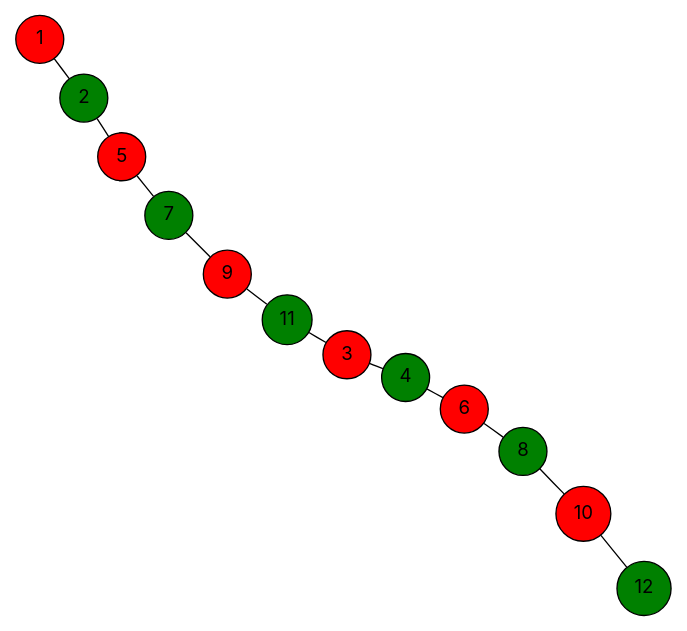
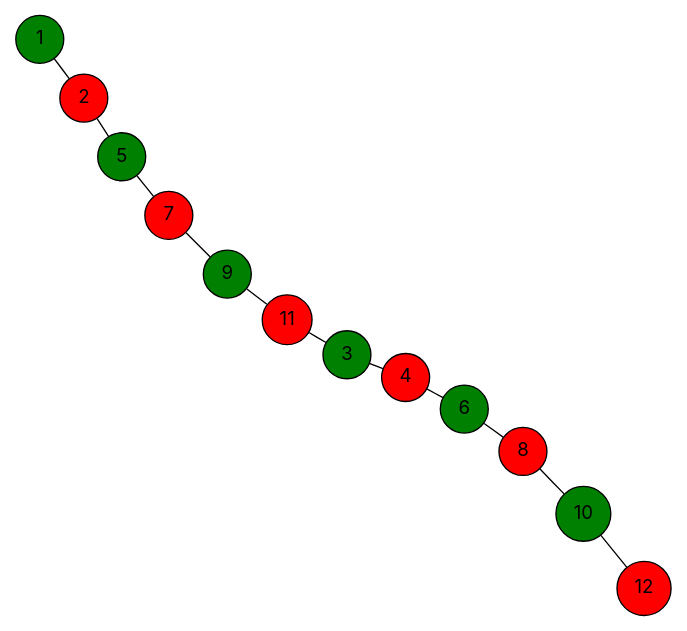
One commit to vercah/vertex-coloring changed the diagram in data/final-dots/easy-06-parallel.dot. Above: the diagram before and after it, drawn with Graphviz. The commit also changed 92 other files, not shown here.

```diff
--- a/data/final-dots/easy-06-parallel.dot
+++ b/data/final-dots/easy-06-parallel.dot
@@ -1,29 +1,29 @@
 graph G {
   layout=neato;
   overlap=false;
   splines=true;
   node [shape=circle, style=filled, fontname=Inter];
-  1 [label="1", fillcolor="red", tooltip="v1 color 0"];
-  2 [label="2", fillcolor="green", tooltip="v2 color 1"];
-  3 [label="3", fillcolor="red", tooltip="v3 color 0"];
-  4 [label="4", fillcolor="green", tooltip="v4 color 1"];
-  5 [label="5", fillcolor="red", tooltip="v5 color 0"];
-  6 [label="6", fillcolor="red", tooltip="v6 color 0"];
-  7 [label="7", fillcolor="green", tooltip="v7 color 1"];
-  8 [label="8", fillcolor="green", tooltip="v8 color 1"];
-  9 [label="9", fillcolor="red", tooltip="v9 color 0"];
-  10 [label="10", fillcolor="red", tooltip="v10 color 0"];
-  11 [label="11", fillcolor="green", tooltip="v11 color 1"];
-  12 [label="12", fillcolor="green", tooltip="v12 color 1"];
+  1 [label="1", fillcolor="green", tooltip="v1 color 1"];
+  2 [label="2", fillcolor="red", tooltip="v2 color 0"];
+  3 [label="3", fillcolor="green", tooltip="v3 color 1"];
+  4 [label="4", fillcolor="red", tooltip="v4 color 0"];
+  5 [label="5", fillcolor="green", tooltip="v5 color 1"];
+  6 [label="6", fillcolor="green", tooltip="v6 color 1"];
+  7 [label="7", fillcolor="red", tooltip="v7 color 0"];
+  8 [label="8", fillcolor="red", tooltip="v8 color 0"];
+  9 [label="9", fillcolor="green", tooltip="v9 color 1"];
+  10 [label="10", fillcolor="green", tooltip="v10 color 1"];
+  11 [label="11", fillcolor="red", tooltip="v11 color 0"];
+  12 [label="12", fillcolor="red", tooltip="v12 color 0"];
   1 -- 2;
   2 -- 5;
   3 -- 4;
   3 -- 11;
   4 -- 6;
   5 -- 7;
   6 -- 8;
   7 -- 9;
   8 -- 10;
   9 -- 11;
   10 -- 12;
 }
```
